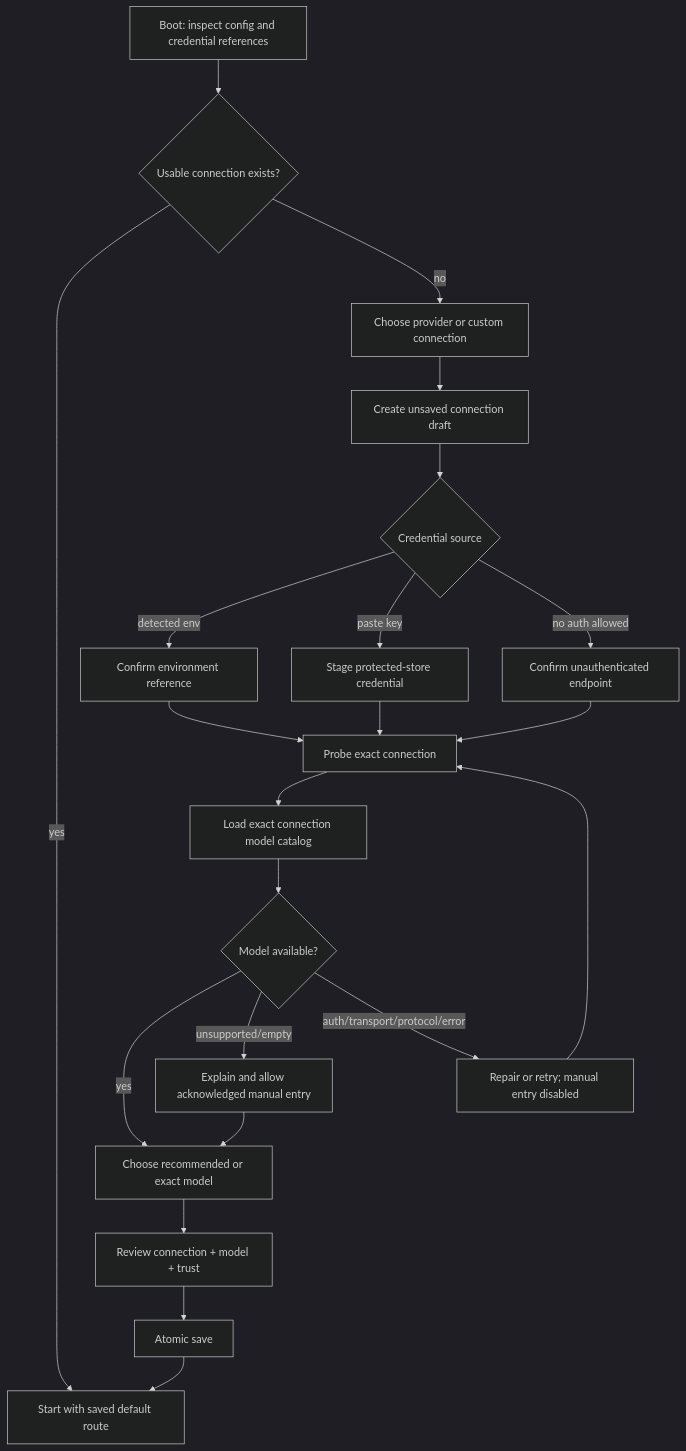
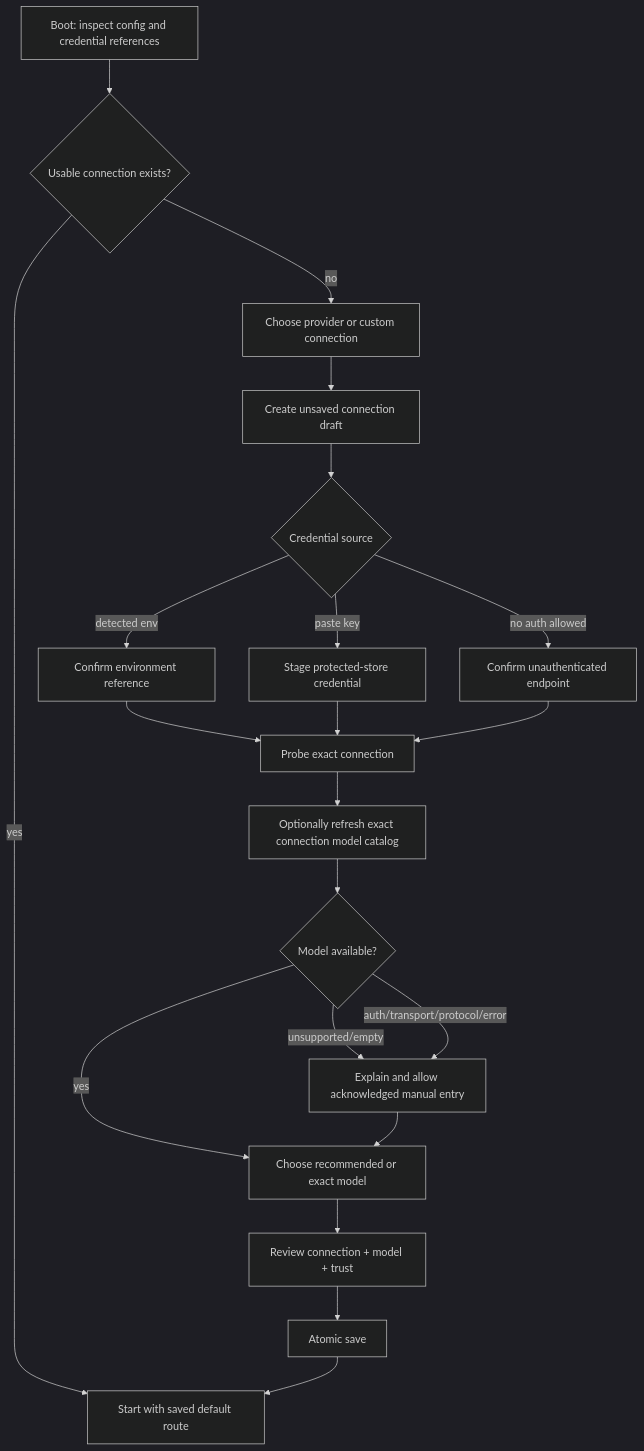
One commit to JimmyDaddy/sigil changed the diagram in dev/docs/rfcs/0056-provider-connections-credentials-and-model-catalog-v1.md. Above: the diagram before and after it, drawn with Mermaid (dark theme). The commit also changed other lines of this file and 35 other files, not shown here.

````diff
--- a/dev/docs/rfcs/0056-provider-connections-credentials-and-model-catalog-v1.md
+++ b/dev/docs/rfcs/0056-provider-connections-credentials-and-model-catalog-v1.md
@@ -295,24 +308,23 @@
 ```mermaid
 flowchart TD
     B["Boot: inspect config and credential references"] --> U{"Usable connection exists?"}
     U -- "yes" --> S["Start with saved default route"]
     U -- "no" --> P["Choose provider or custom connection"]
     P --> D["Create unsaved connection draft"]
     D --> A{"Credential source"}
     A -- "detected env" --> E["Confirm environment reference"]
     A -- "paste key" --> K["Stage protected-store credential"]
     A -- "no auth allowed" --> N["Confirm unauthenticated endpoint"]
     E --> V["Probe exact connection"]
     K --> V
     N --> V
-    V --> M["Load exact connection model catalog"]
+    V --> M["Optionally refresh exact connection model catalog"]
     M --> C{"Model available?"}
     C -- "yes" --> X["Choose recommended or exact model"]
     C -- "unsupported/empty" --> Y["Explain and allow acknowledged manual entry"]
-    C -- "auth/transport/protocol/error" --> Z["Repair or retry; manual entry disabled"]
+    C -- "auth/transport/protocol/error" --> Y
     X --> R["Review connection + model + trust"]
     Y --> X
-    Z --> V
     R --> W["Atomic save"]
     W --> S
 ```
````
